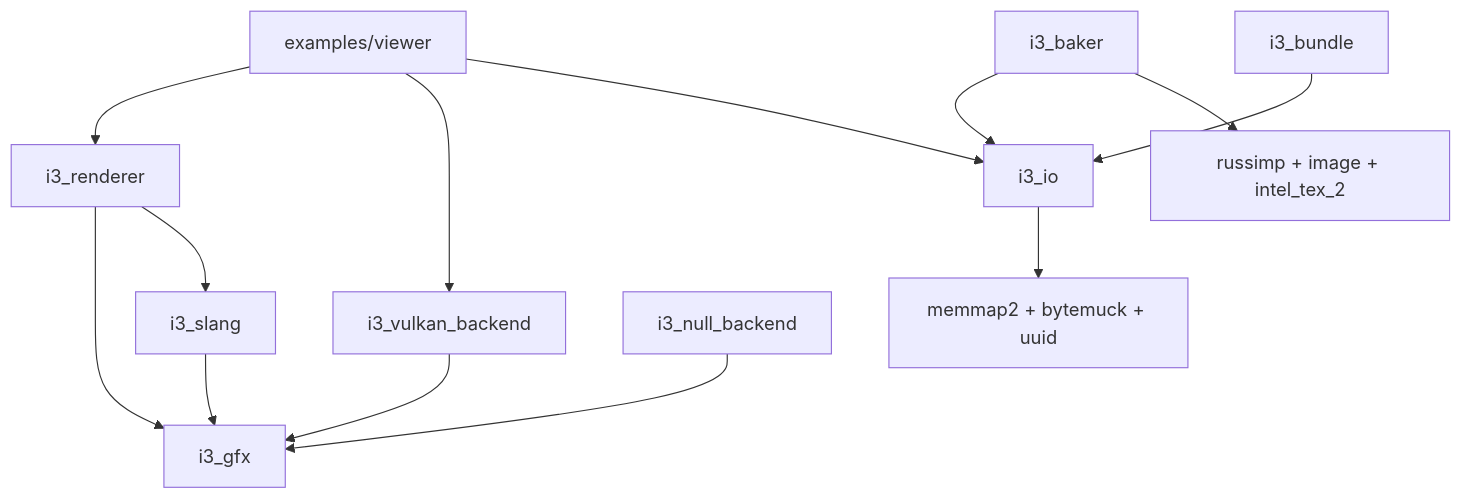
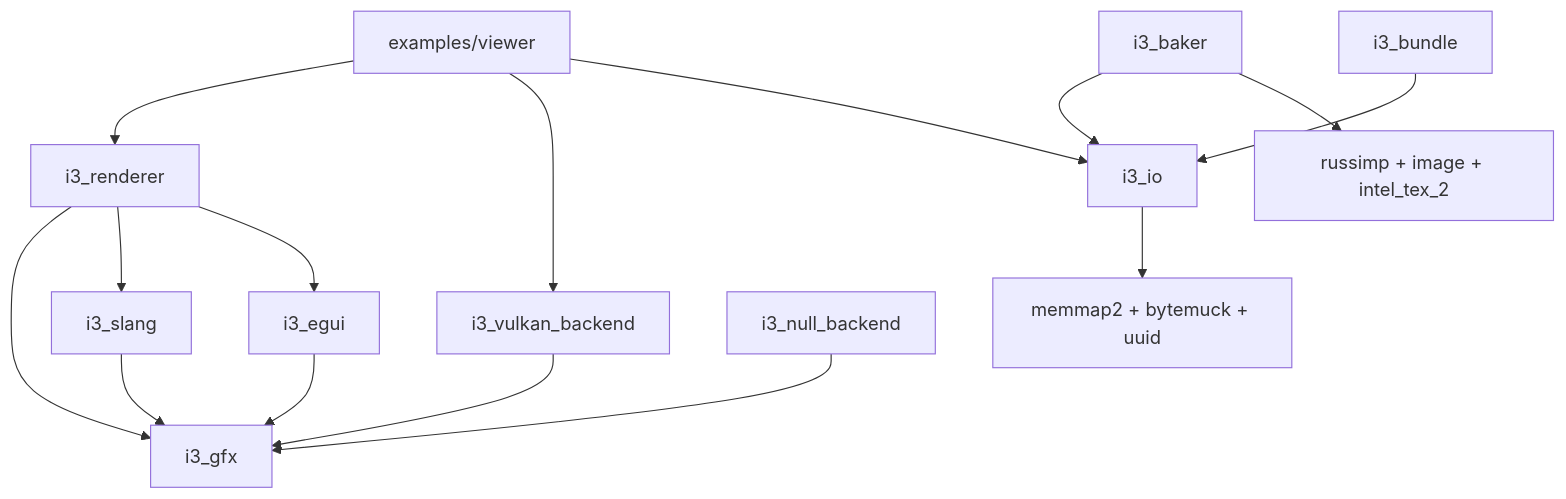
One commit to doomtr666/i3 changed the diagram in doc/review.md. Above: the diagram before and after it, drawn with Mermaid. The commit also changed other lines of this file, not shown here.

````diff
--- a/doc/review.md
+++ b/doc/review.md
@@ -40,15 +41,17 @@
 ```mermaid
 graph TD
     A[examples/viewer] --> B[i3_renderer]
     A --> C[i3_vulkan_backend]
     A --> D[i3_io]
     B --> E[i3_gfx]
     B --> F[i3_slang]
+    B --> L[i3_egui]
+    L --> E
     C --> E
     F --> E
     D --> G[memmap2 + bytemuck + uuid]
     H[i3_baker] --> D
     H --> I[russimp + image + intel_tex_2]
     J[i3_null_backend] --> E
     K[i3_bundle] --> D
 ```
````
